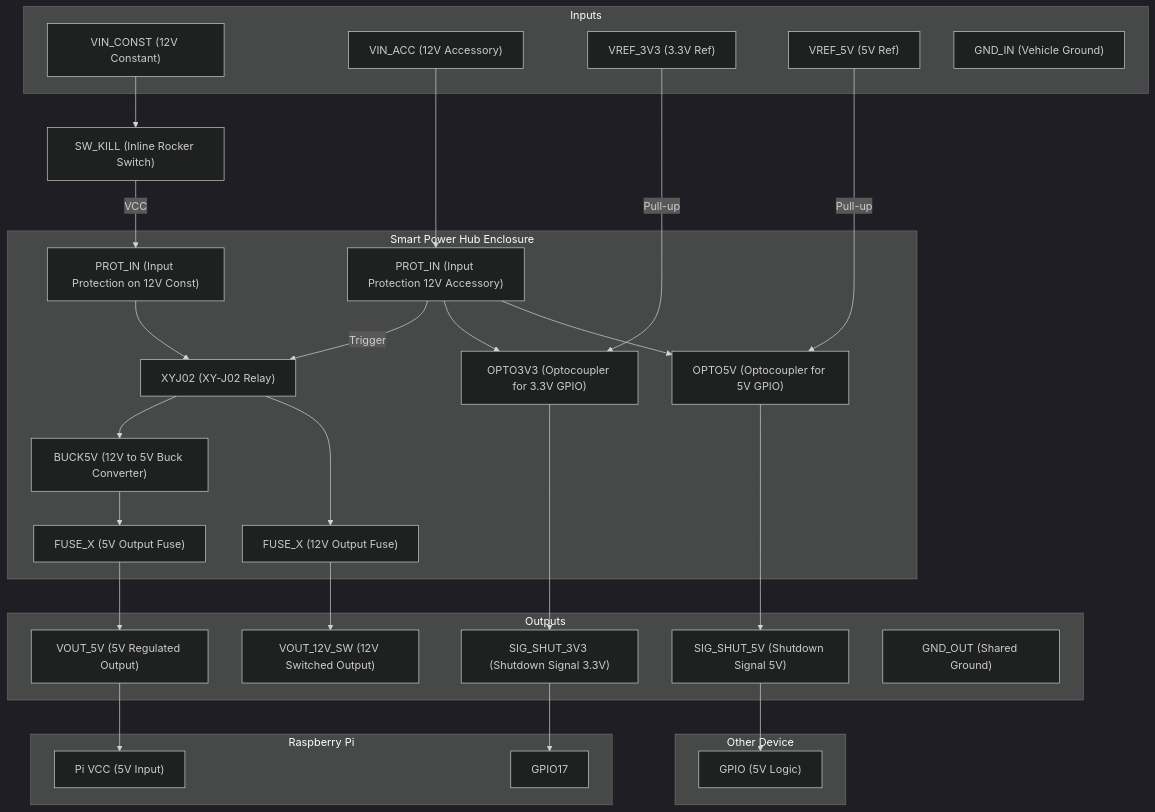
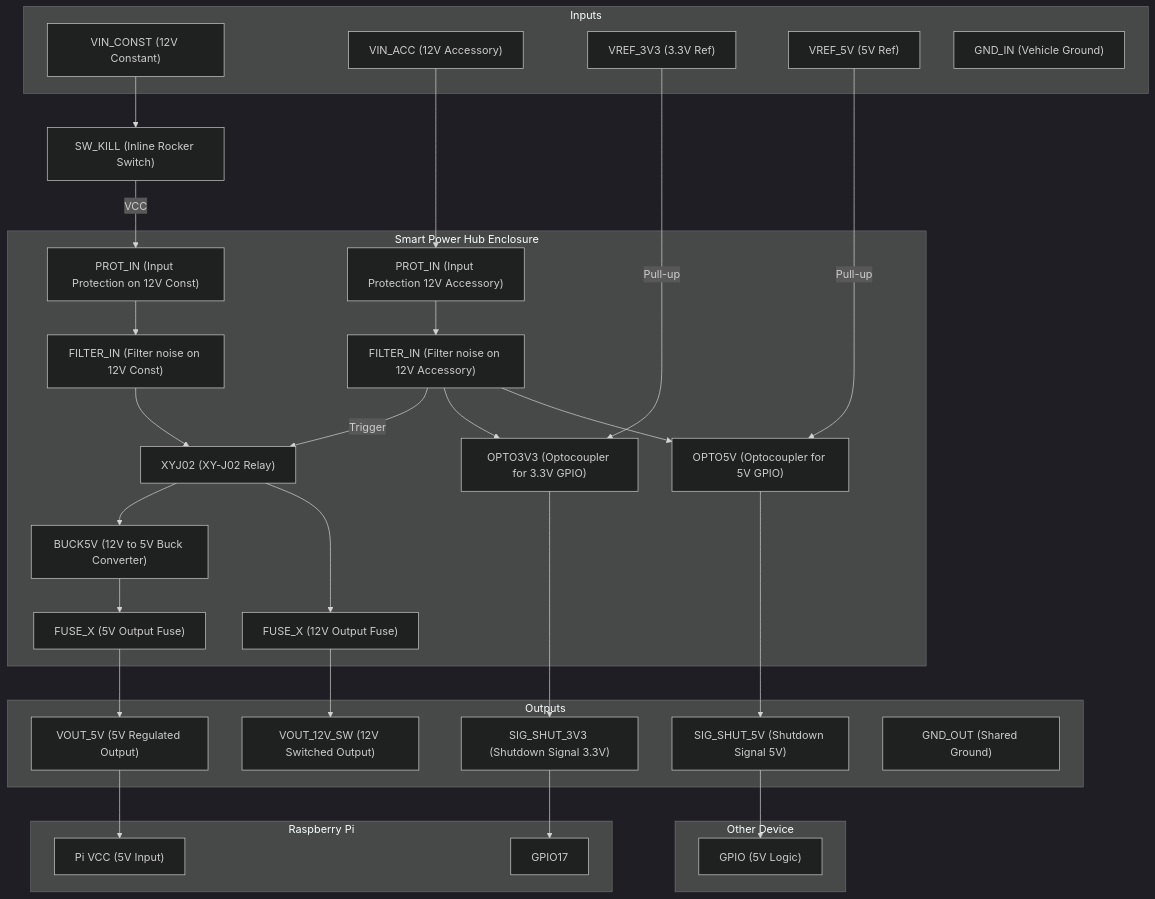
The first of 2 diagrams in docs/wiring/power.md (joshua-p-williams/DashForge), drawn with Mermaid (dark theme) before and after one commit. The commit also changed other lines of this file and 2 other files, not shown here.

Commit message:
Added filtering

````diff
--- a/docs/wiring/power.md
+++ b/docs/wiring/power.md
@@ -80,63 +81,66 @@
 ```mermaid
 graph TD
     %% Inputs
     subgraph Inputs
         VIN_CONST["VIN_CONST (12V Constant)"]
         VIN_ACC["VIN_ACC (12V Accessory)"]
         VREF_3V3["VREF_3V3 (3.3V Ref)"]
         VREF_5V["VREF_5V (5V Ref)"]
         GND_IN["GND_IN (Vehicle Ground)"]
     end
 
     %% External Kill Switch
     VIN_CONST --> SW_KILL["SW_KILL (Inline Rocker Switch)"]
 
     %% Power Hub
     subgraph PowerHub["Smart Power Hub Enclosure"]
         XYJ02["XYJ02 (XY-J02 Relay)"]
         PROT_IN_CONST["PROT_IN (Input Protection on 12V Const)"]
+        FILTER_IN_CONST["FILTER_IN (Filter noise on 12V Const)"]
         PROT_IN_ACC["PROT_IN (Input Protection 12V Accessory)"]
+        FILTER_IN_ACC["FILTER_IN (Filter noise on 12V Accessory)"]
         BUCK5V["BUCK5V (12V to 5V Buck Converter)"]
         FUSE_5V["FUSE_X (5V Output Fuse)"]
         FUSE_12V["FUSE_X (12V Output Fuse)"]
         OPTO3V3["OPTO3V3 (Optocoupler for 3.3V GPIO)"]
         OPTO5V["OPTO5V (Optocoupler for 5V GPIO)"]
     end
 
     %% Outputs
     subgraph Outputs
         VOUT_12V_SW["VOUT_12V_SW (12V Switched Output)"]
         VOUT_5V["VOUT_5V (5V Regulated Output)"]
         SIG_SHUT_3V3["SIG_SHUT_3V3 (Shutdown Signal 3.3V)"]
         SIG_SHUT_5V["SIG_SHUT_5V (Shutdown Signal 5V)"]
         GND_OUT["GND_OUT (Shared Ground)"]
     end
 
     %% Raspberry Pi
     subgraph RaspberryPi["Raspberry Pi"]
         GPIO17["GPIO17"]
         PiVCC["Pi VCC (5V Input)"]
     end
 
     %% Other Device
     subgraph OtherDevice["Other Device"]
         DeviceGPIO["GPIO (5V Logic)"]
     end
 
     %% Relay Power Chain
     SW_KILL -->|VCC| PROT_IN_CONST
-    PROT_IN_CONST --> XYJ02
-    VIN_ACC --> PROT_IN_ACC -->|Trigger| XYJ02
+    PROT_IN_CONST --> FILTER_IN_CONST
+    FILTER_IN_CONST --> XYJ02
+    VIN_ACC --> PROT_IN_ACC --> FILTER_IN_ACC -->|Trigger| XYJ02
     XYJ02 --> BUCK5V --> FUSE_5V
     XYJ02 --> FUSE_12V --> VOUT_12V_SW
     FUSE_5V --> VOUT_5V
     VOUT_5V --> PiVCC
 
     %% Shutdown Signal Paths
-    PROT_IN_ACC --> OPTO3V3
+    FILTER_IN_ACC --> OPTO3V3
     VREF_3V3 -->|Pull-up| OPTO3V3 --> SIG_SHUT_3V3 --> GPIO17
 
-    PROT_IN_ACC --> OPTO5V
+    FILTER_IN_ACC --> OPTO5V
     VREF_5V -->|Pull-up| OPTO5V --> SIG_SHUT_5V --> DeviceGPIO
 
 ```
````
